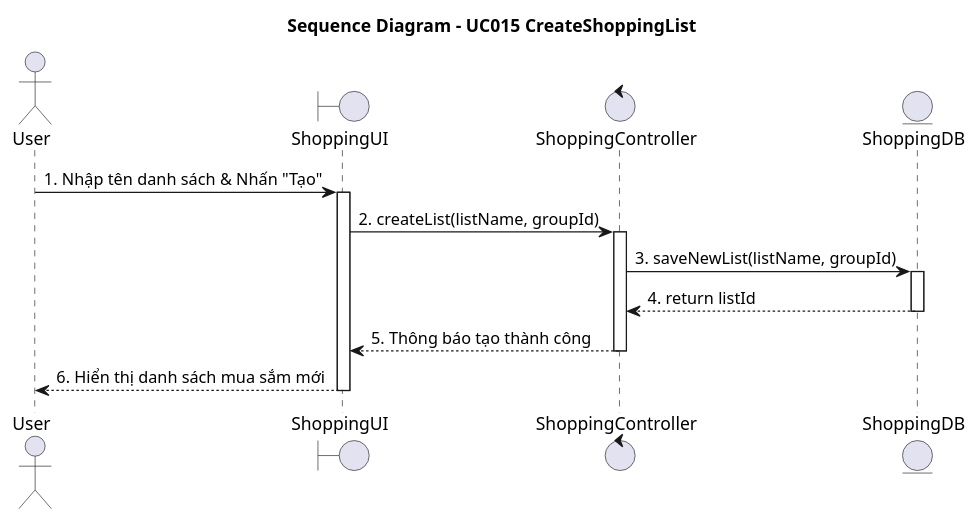
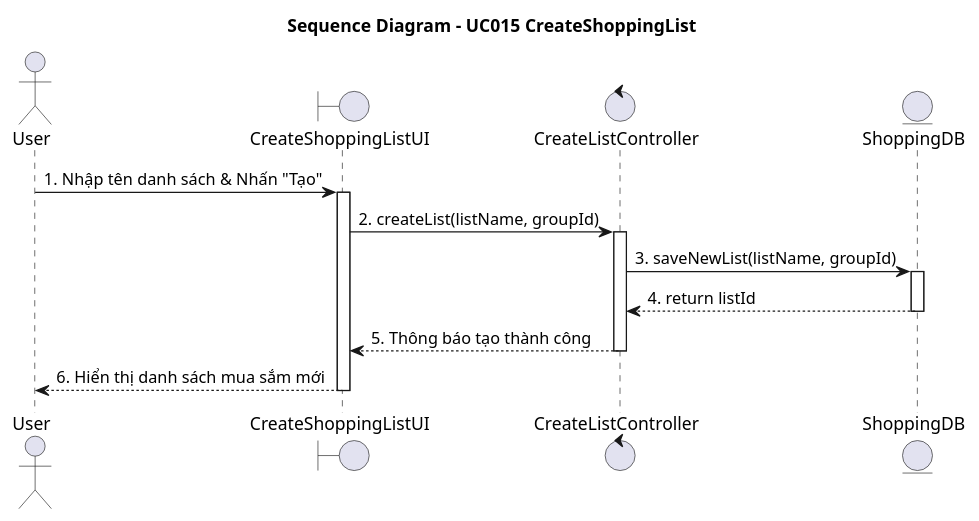
The diagram in diagrams/Module_3_ShoppingList/UC015_Tạo_mới_danh_sách_mua_sắm_Sequence.puml (Alt2210/NaviMart), drawn with PlantUML before and after one commit. The commit also changed 113 other files, not shown here.

```diff
--- a/diagrams/Module_3_ShoppingList/UC015_Tạo_mới_danh_sách_mua_sắm_Sequence.puml
+++ b/diagrams/Module_3_ShoppingList/UC015_Tạo_mới_danh_sách_mua_sắm_Sequence.puml
@@ -1,21 +1,21 @@
 @startuml
 title Sequence Diagram - UC015 CreateShoppingList
 
 actor "User" as Actor
-boundary "ShoppingUI" as UI
-control "ShoppingController" as Controller
+boundary "CreateShoppingListUI" as UI
+control "CreateListController" as Controller
 entity "ShoppingDB" as Entity
 
 Actor -> UI : 1. Nhập tên danh sách & Nhấn "Tạo"
 activate UI
 UI -> Controller : 2. createList(listName, groupId)
 activate Controller
 Controller -> Entity : 3. saveNewList(listName, groupId)
 activate Entity
 Entity --> Controller : 4. return listId
 deactivate Entity
 Controller --> UI : 5. Thông báo tạo thành công
 deactivate Controller
 UI --> Actor : 6. Hiển thị danh sách mua sắm mới
 deactivate UI
 @enduml
```
